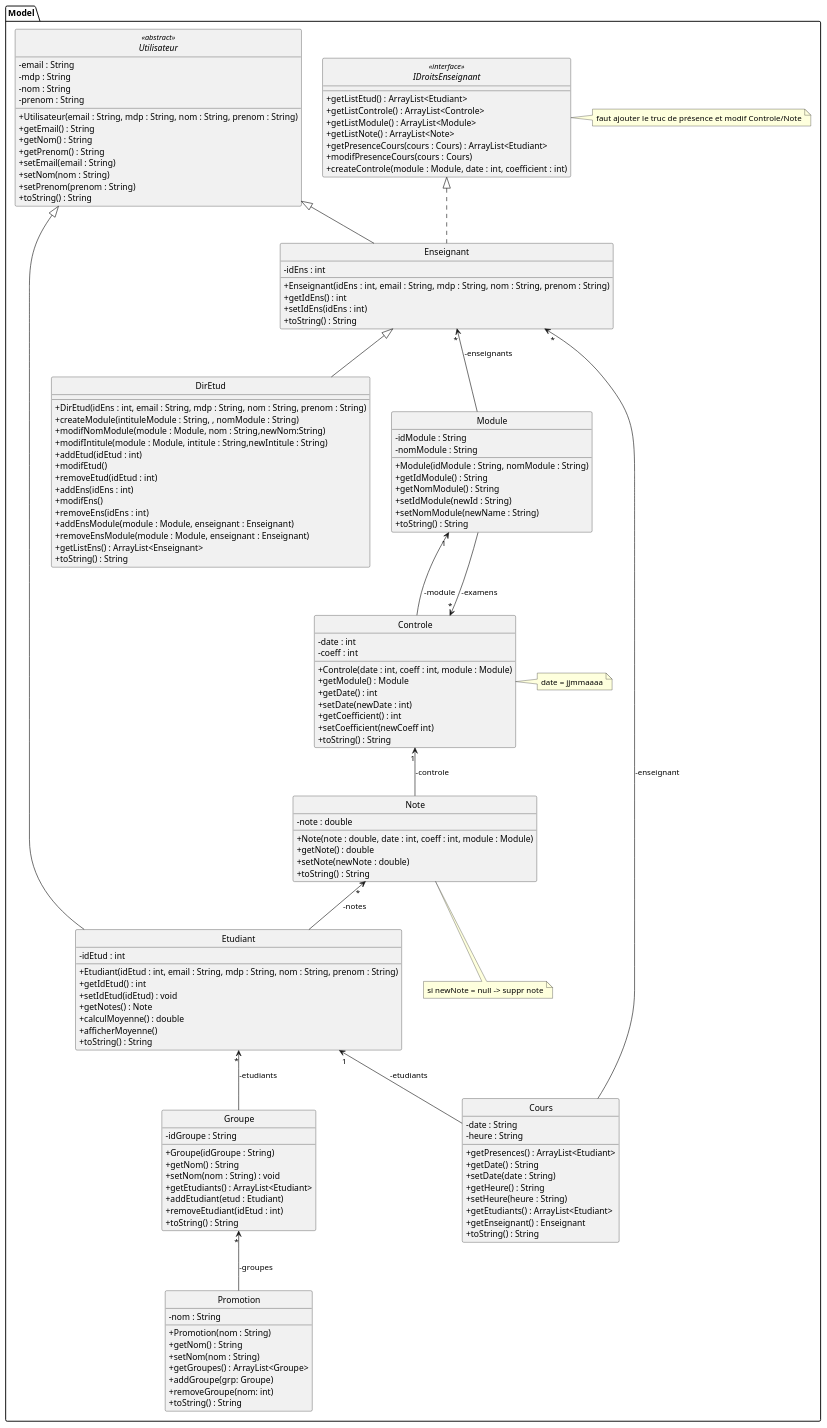
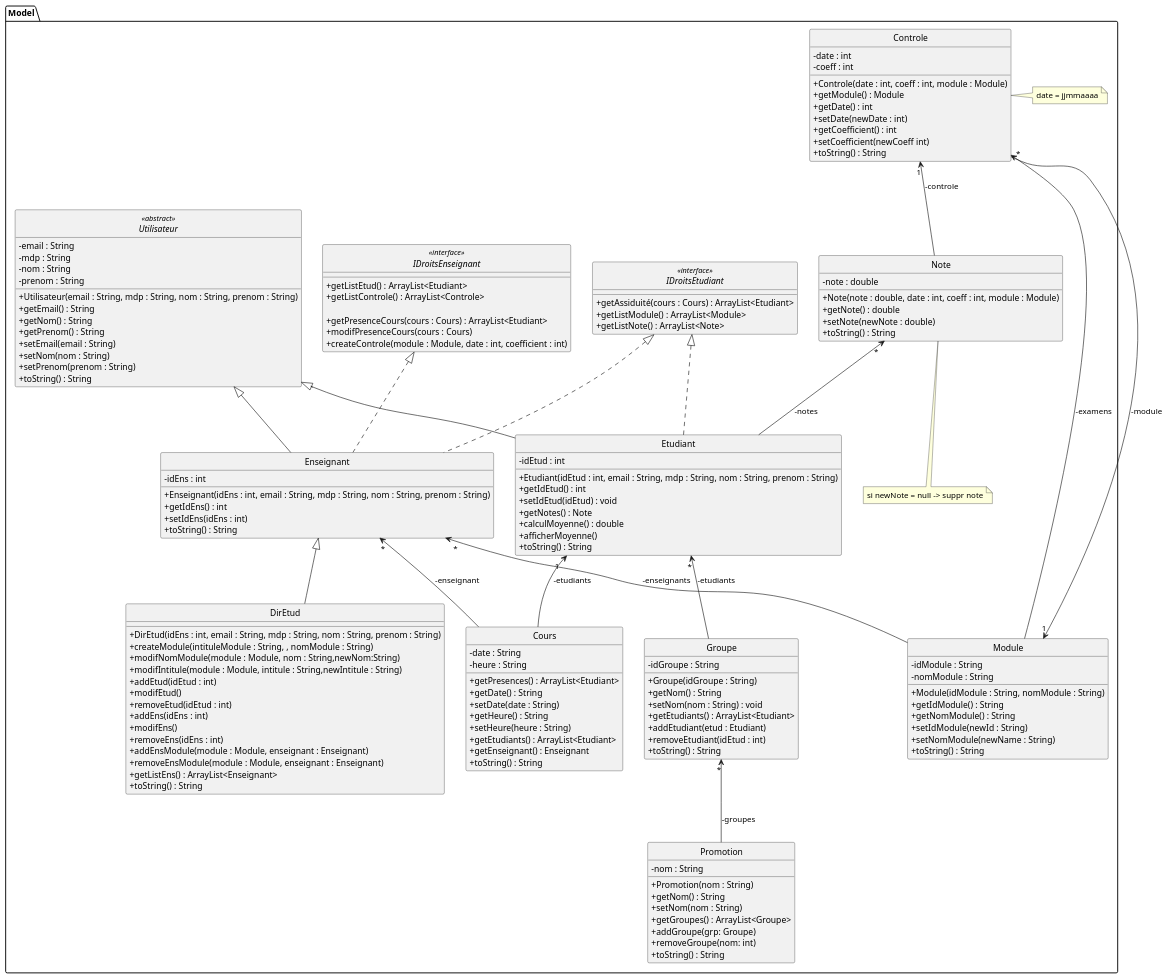
One commit to Lohasta/Kallax changed the diagram in s201_UML.md. Above: the diagram before and after it, drawn with PlantUML.

Commit message:
added IDroitsEtudiant (bombardilo)

```diff
--- a/s201_UML.md
+++ b/s201_UML.md
@@ -23,17 +23,20 @@
 interface IDroitsEnseignant <<interface>>{
 +getListEtud() : ArrayList<Etudiant>
 +getListControle() : ArrayList<Controle>
-+getListModule() : ArrayList<Module>
-+getListNote() : ArrayList<Note>
+
 +getPresenceCours(cours : Cours) : ArrayList<Etudiant>
 +modifPresenceCours(cours : Cours)
 +createControle(module : Module, date : int, coefficient : int)
-
  
 }
-note right of IDroitsEnseignant{
-faut ajouter le truc de présence et modif Controle/Note
+
+
+interface IDroitsEtudiant <<interface>>{
++getAssiduité(cours : Cours) : ArrayList<Etudiant>
++getListModule() : ArrayList<Module>
++getListNote() : ArrayList<Note>
 }
+
 
 class Etudiant{
 -idEtud : int
@@ -148,6 +151,8 @@
 
 
 IDroitsEnseignant <|.. Enseignant
+IDroitsEtudiant <|.. Enseignant
+IDroitsEtudiant <|.. Etudiant
 Note "*" <-- Etudiant : -notes
 Module "1" <-- Controle : -module
 Controle "*" <-- Module : -examens
```
